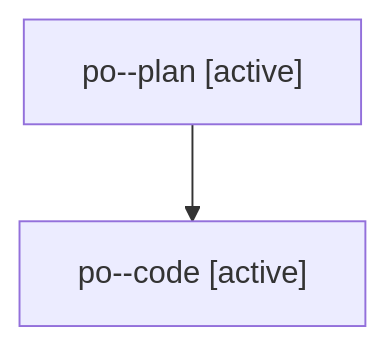
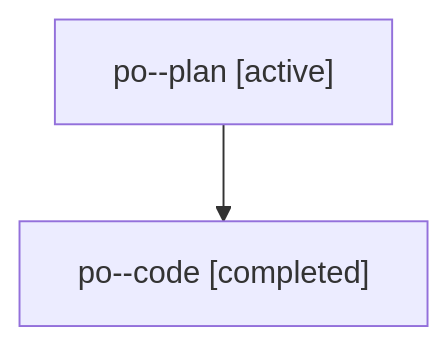
The diagram in families/bbugyi200.athena.po.md (sase-org/sase--agents), drawn with Mermaid before and after one commit. The commit also changed other lines of this file and 5813 other files, not shown here.

````diff
--- a/families/bbugyi200.athena.po.md
+++ b/families/bbugyi200.athena.po.md
@@ -9,6 +9,6 @@
 ```mermaid
 flowchart TD
   n0["po--plan [active]"]
-  n1["po--code [active]"]
+  n1["po--code [completed]"]
   n0 --> n1
 ```
````
